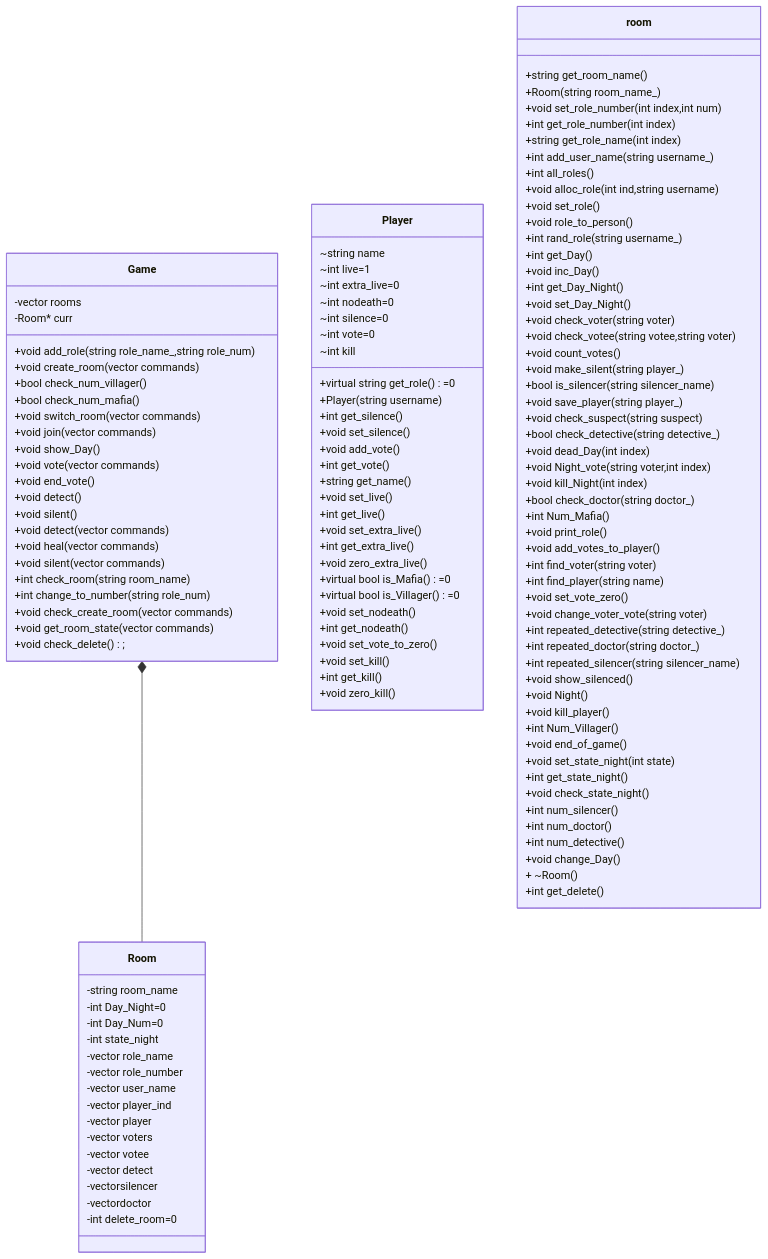
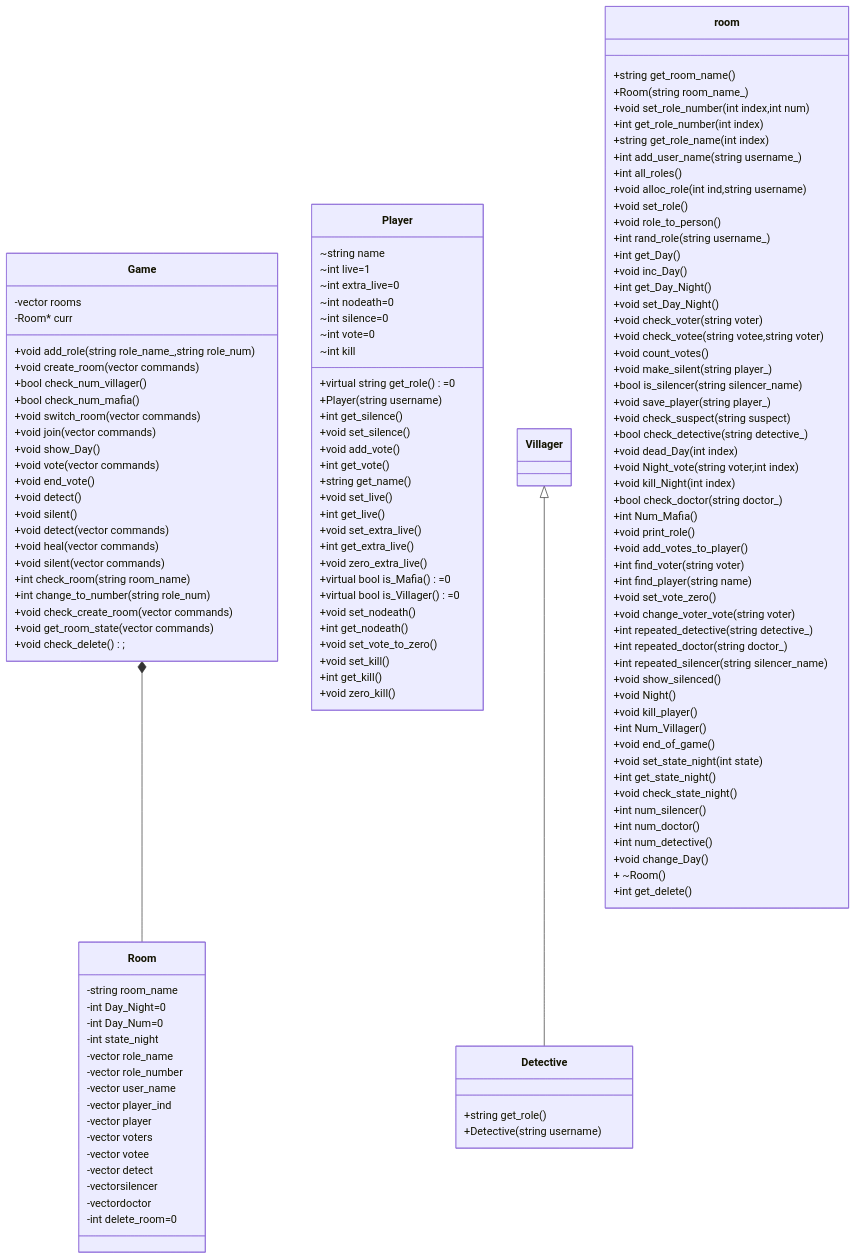
One commit to NeginAz/mafia_game changed the second of 2 diagrams in README.md. Above: the diagram before and after it, drawn with Mermaid.

```diff
--- a/README.md
+++ b/README.md
@@ -71,7 +71,9 @@
       Player: ~int silence=0 
       Player: ~int vote=0 
       Player: ~int kill
-      
+      Detective :+string get_role()
+      Detective: +Detective(string username)
+      Villager <|-- Detective
 class Game{
       +void  add_role(string role_name_,string role_num)
       +void create_room(vector <string> commands)
```
